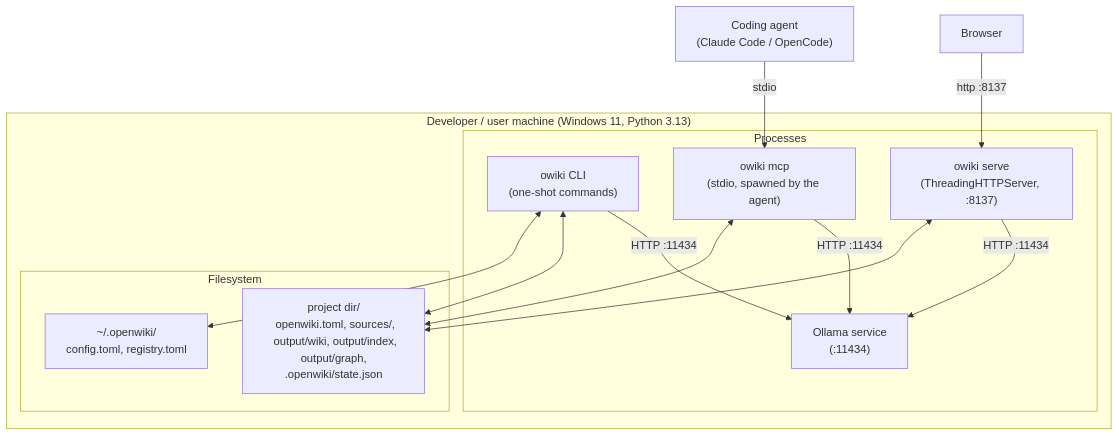
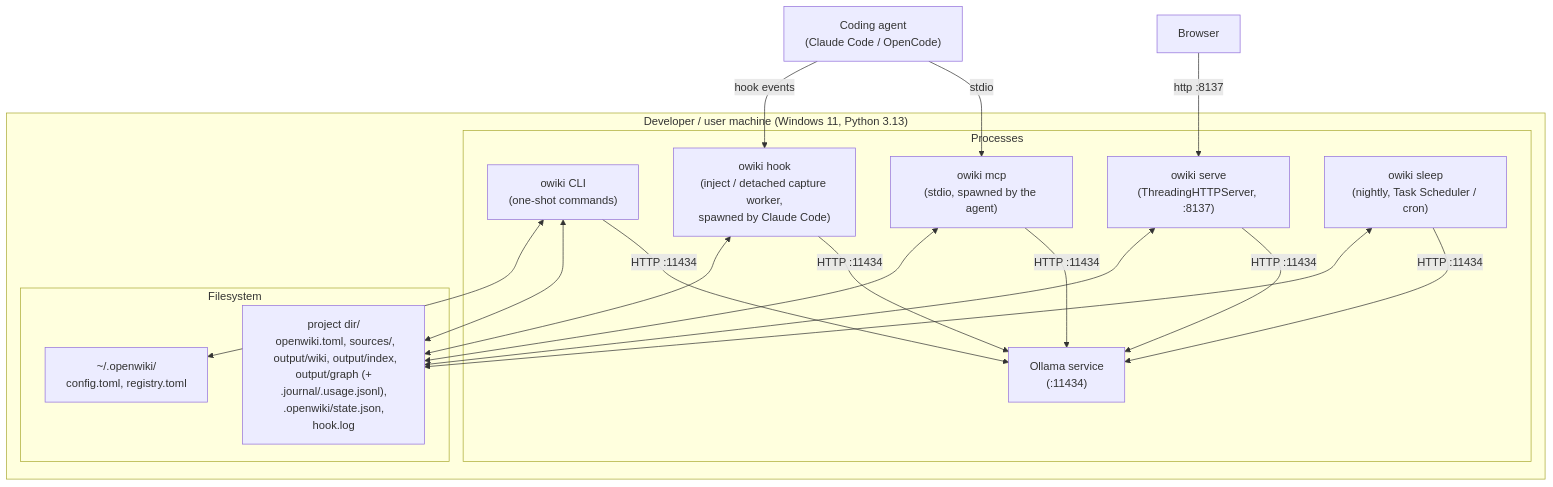
Before and after one commit to Neuroant/OpenWiki: the diagram in docs/arc42/07-deployment-view.md, drawn with Mermaid. The commit also changed other lines of this file and 11 other files, not shown here.

````diff
--- a/docs/arc42/07-deployment-view.md
+++ b/docs/arc42/07-deployment-view.md
@@ -10,20 +10,23 @@
 ```mermaid
 flowchart TB
   subgraph host["Developer / user machine (Windows 11, Python 3.13)"]
     subgraph procs["Processes"]
       cliP["owiki CLI\n(one-shot commands)"]
       serveP["owiki serve\n(ThreadingHTTPServer, :8137)"]
       mcpP["owiki mcp\n(stdio, spawned by the agent)"]
+      hookP["owiki hook\n(inject / detached capture worker,\nspawned by Claude Code)"]
+      sleepP["owiki sleep\n(nightly, Task Scheduler / cron)"]
       ollama["Ollama service\n(:11434)"]
     end
     subgraph disk["Filesystem"]
-      proj["project dir/\n openwiki.toml, sources/,\n output/wiki, output/index,\n output/graph, .openwiki/state.json"]
+      proj["project dir/\n openwiki.toml, sources/,\n output/wiki, output/index,\n output/graph (+ .journal/.usage.jsonl),\n .openwiki/state.json, hook.log"]
       home["~/.openwiki/\n config.toml, registry.toml"]
     end
   end
   browser["Browser"] -->|http :8137| serveP
   agentApp["Coding agent\n(Claude Code / OpenCode)"] -->|stdio| mcpP
-  cliP & serveP & mcpP -->|HTTP :11434| ollama
-  cliP & serveP & mcpP <--> proj
+  agentApp -->|hook events| hookP
+  cliP & serveP & mcpP & hookP & sleepP -->|HTTP :11434| ollama
+  cliP & serveP & mcpP & hookP & sleepP <--> proj
   cliP <--> home
 ```
````
